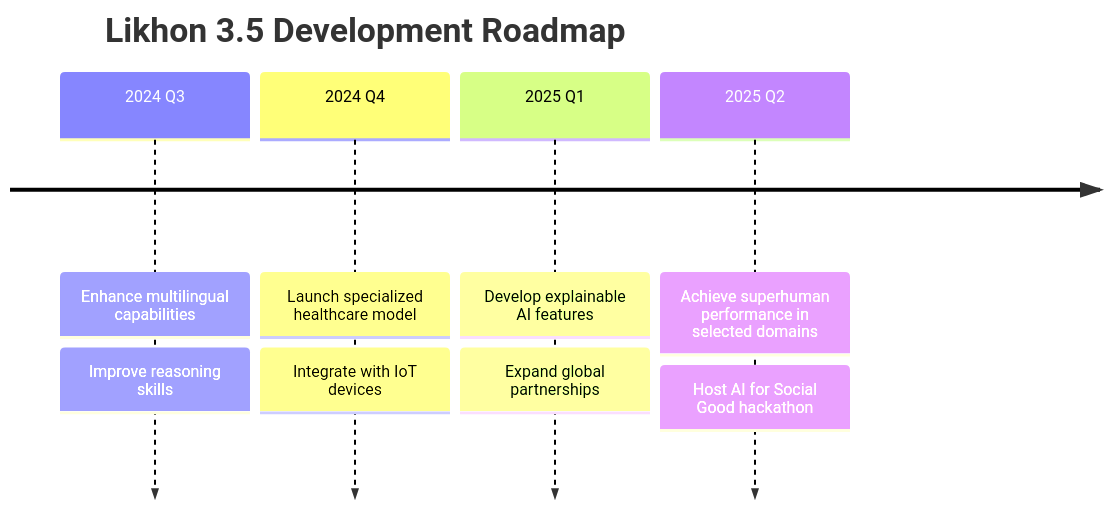
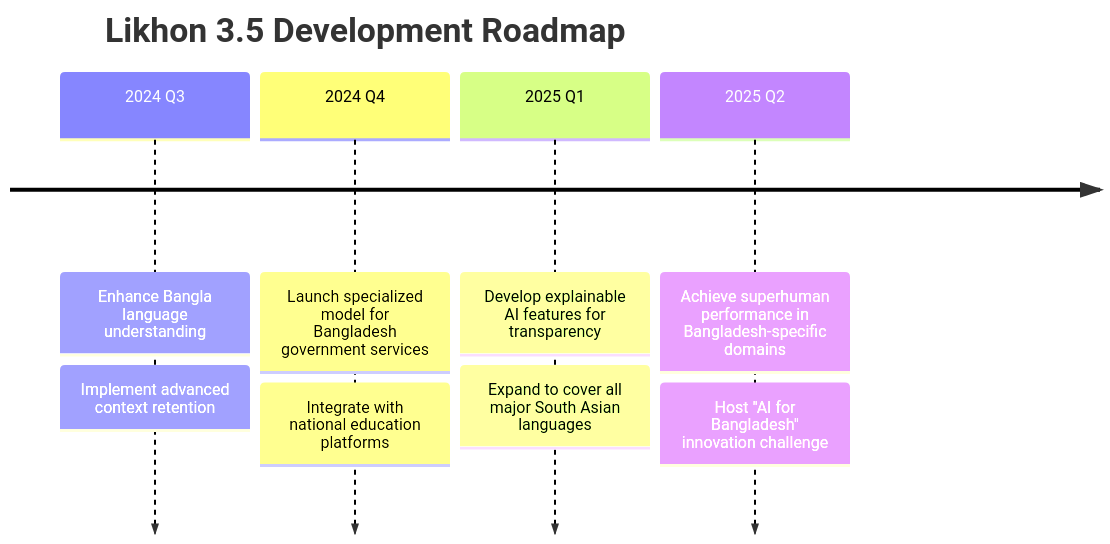
The sixth of 6 diagrams in README.md (nectariferous/likhon-3.5), drawn with Mermaid before and after one commit. The commit also changed other lines of this file, not shown here.

````diff
--- a/README.md
+++ b/README.md
@@ -310,12 +211,12 @@
 ```mermaid
 timeline
     title Likhon 3.5 Development Roadmap
-    2024 Q3 : Enhance multilingual capabilities
-             : Improve reasoning skills
-    2024 Q4 : Launch specialized healthcare model
-             : Integrate with IoT devices
-    2025 Q1 : Develop explainable AI features
-             : Expand global partnerships
-    2025 Q2 : Achieve superhuman performance in selected domains
-             : Host AI for Social Good hackathon
+    2024 Q3 : Enhance Bangla language understanding
+             : Implement advanced context retention
+    2024 Q4 : Launch specialized model for Bangladesh government services
+             : Integrate with national education platforms
+    2025 Q1 : Develop explainable AI features for transparency
+             : Expand to cover all major South Asian languages
+    2025 Q2 : Achieve superhuman performance in Bangladesh-specific domains
+             : Host "AI for Bangladesh" innovation challenge
 ```
````
